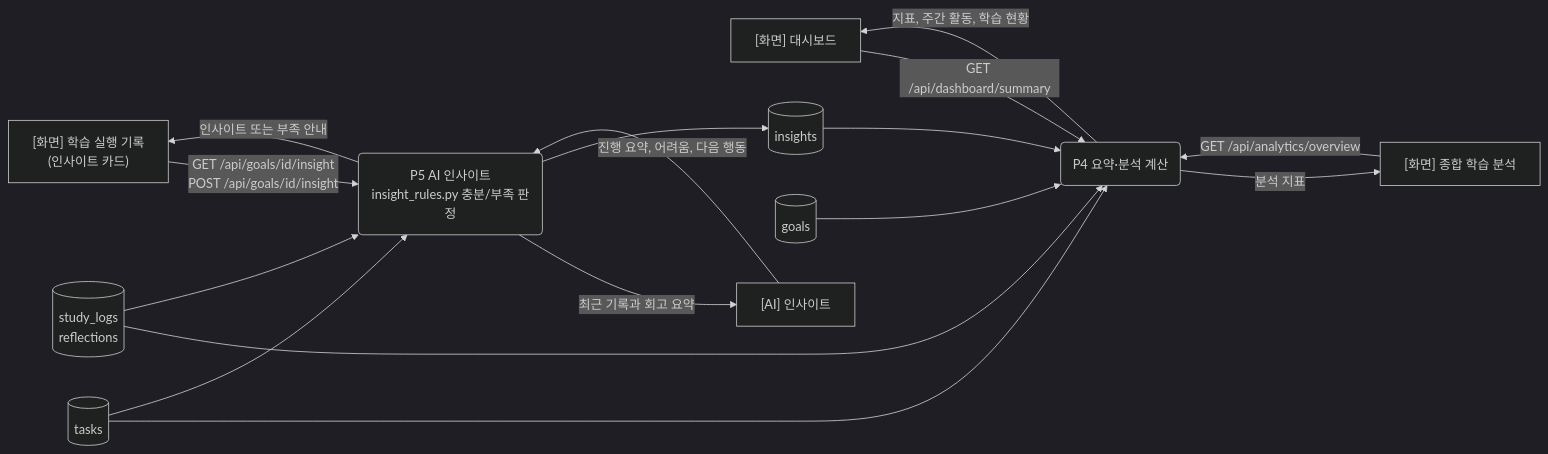
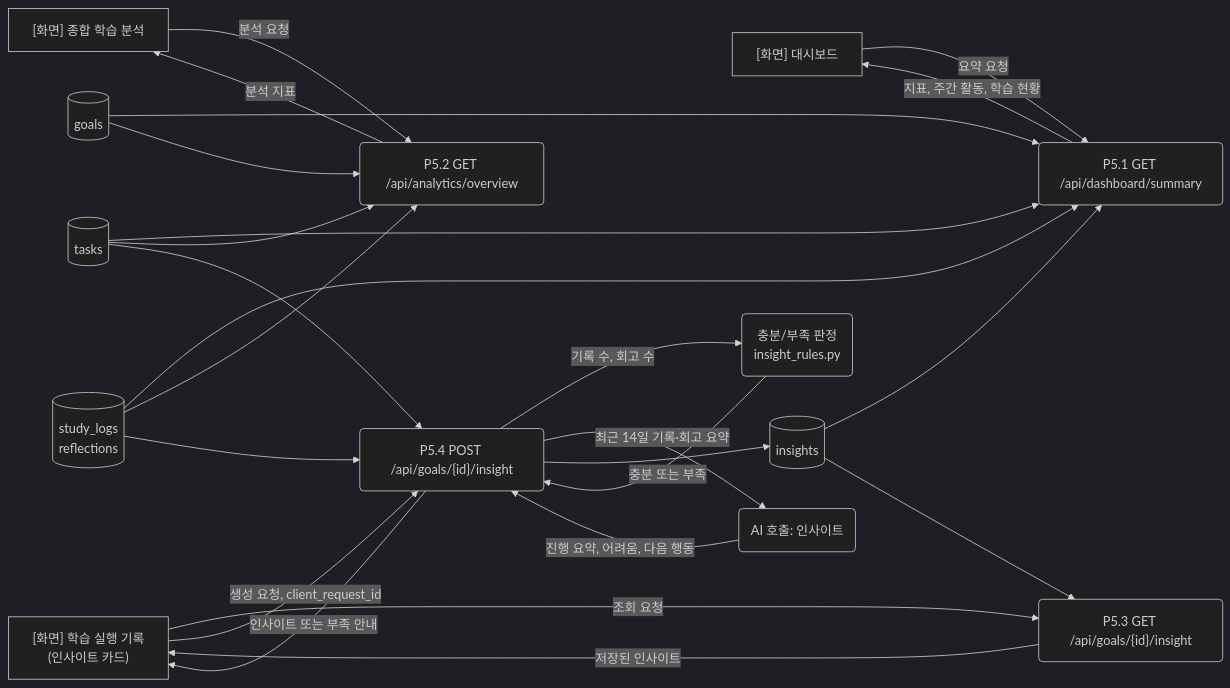
Before and after one commit to yong05610/ai-n-fprj: the eighth of 12 diagrams in docs/architecture_dfd.md, drawn with Mermaid (dark theme). The commit also changed other lines of this file, not shown here.

Commit message:
docs: DFD level 1 redrawn per API function (process per API), terminals are screens only, no terminal-terminal or terminal-store flows

````diff
--- a/docs/architecture_dfd.md
+++ b/docs/architecture_dfd.md
@@ -285,29 +315,40 @@
 ```mermaid
 flowchart LR
     S1["[화면] 대시보드"]
     S2["[화면] 종합 학습 분석"]
     S3["[화면] 학습 실행 기록<br/>(인사이트 카드)"]
-    A4["[AI] 인사이트"]
-    P4("P4 요약·분석 계산")
-    P5("P5 AI 인사이트<br/>insight_rules.py 충분/부족 판정")
-    D2[("goals")]
-    D3[("tasks")]
-    D4[("study_logs<br/>reflections")]
-    D6[("insights")]
+    P51("P5.1 GET /api/dashboard/summary")
+    P52("P5.2 GET /api/analytics/overview")
+    P53("P5.3 GET /api/goals/{id}/insight")
+    P54("P5.4 POST /api/goals/{id}/insight")
+    AI("AI 호출: 인사이트")
+    RU("충분/부족 판정<br/>insight_rules.py")
+    DG[("goals")]
+    DT[("tasks")]
+    DL[("study_logs<br/>reflections")]
+    DI[("insights")]
 
-    S1 -->|"GET /api/dashboard/summary"| P4
-    S2 -->|"GET /api/analytics/overview"| P4
-    P4 -->|"지표, 주간 활동, 학습 현황"| S1
-    P4 -->|"분석 지표"| S2
-    D2 --> P4
-    D3 --> P4
-    D4 --> P4
-    D6 --> P4
-    S3 -->|"GET /api/goals/id/insight<br/>POST /api/goals/id/insight"| P5
-    D3 --> P5
-    D4 --> P5
-    P5 -->|"최근 기록과 회고 요약"| A4
-    A4 -->|"진행 요약, 어려움, 다음 행동"| P5
-    P5 --> D6
-    P5 -->|"인사이트 또는 부족 안내"| S3
+    S1 -->|"요약 요청"| P51
+    DG --> P51
+    DT --> P51
+    DL --> P51
+    DI --> P51
+    P51 -->|"지표, 주간 활동, 학습 현황"| S1
+    S2 -->|"분석 요청"| P52
+    DG --> P52
+    DT --> P52
+    DL --> P52
+    P52 -->|"분석 지표"| S2
+    S3 -->|"조회 요청"| P53
+    DI --> P53
+    P53 -->|"저장된 인사이트"| S3
+    S3 -->|"생성 요청, client_request_id"| P54
+    DT --> P54
+    DL --> P54
+    P54 -->|"기록 수, 회고 수"| RU
+    RU -->|"충분 또는 부족"| P54
+    P54 -->|"최근 14일 기록·회고 요약"| AI
+    AI -->|"진행 요약, 어려움, 다음 행동"| P54
+    P54 --> DI
+    P54 -->|"인사이트 또는 부족 안내"| S3
 ```
````
